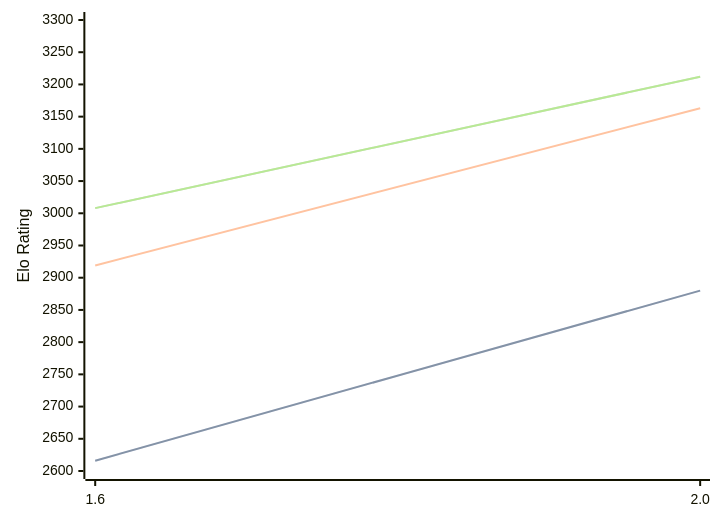
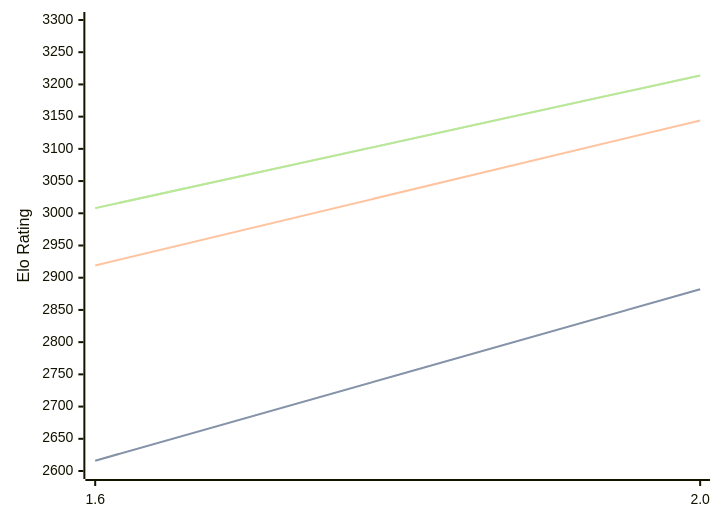
One commit to computer-chess-index/cci changed the diagram in engines/Onyx.md. Above: the diagram before and after it, drawn with Mermaid. The commit also changed other lines of this file, not shown here.

Commit message:
Update CCI Ratings (ELO VLTC) - 2026-07-20

````diff
--- a/engines/Onyx.md
+++ b/engines/Onyx.md
@@ -32,11 +32,11 @@
 ```mermaid
 %%{init: {"theme":"base","themeVariables":{"seriesColors:['#a3a3a3','#222221','#faa371']}}}%%
 xychart-beta
   x-axis ["1.6", "2.0"]
   y-axis "Elo Rating" 2600 --> 3300
-  line "STC (8.0+0.08s)" [2616, 2880]
-  line "STC (8.0+0.08s)" [2616, 2880]
-  line "LTC (60.0+0.60s)" [2919, 3163]
-  line "VLTC (2m24s+1.12s)" [3008, 3212]
-  line "VLTC (2m24s+1.12s)" [3008, 3212]
+  line "STC (8.0+0.08s)" [2616, 2882]
+  line "STC (8.0+0.08s)" [2616, 2882]
+  line "LTC (60.0+0.60s)" [2919, 3144]
+  line "VLTC (2m24s+1.12s)" [3008, 3214]
+  line "VLTC (2m24s+1.12s)" [3008, 3214]
 ```
````
